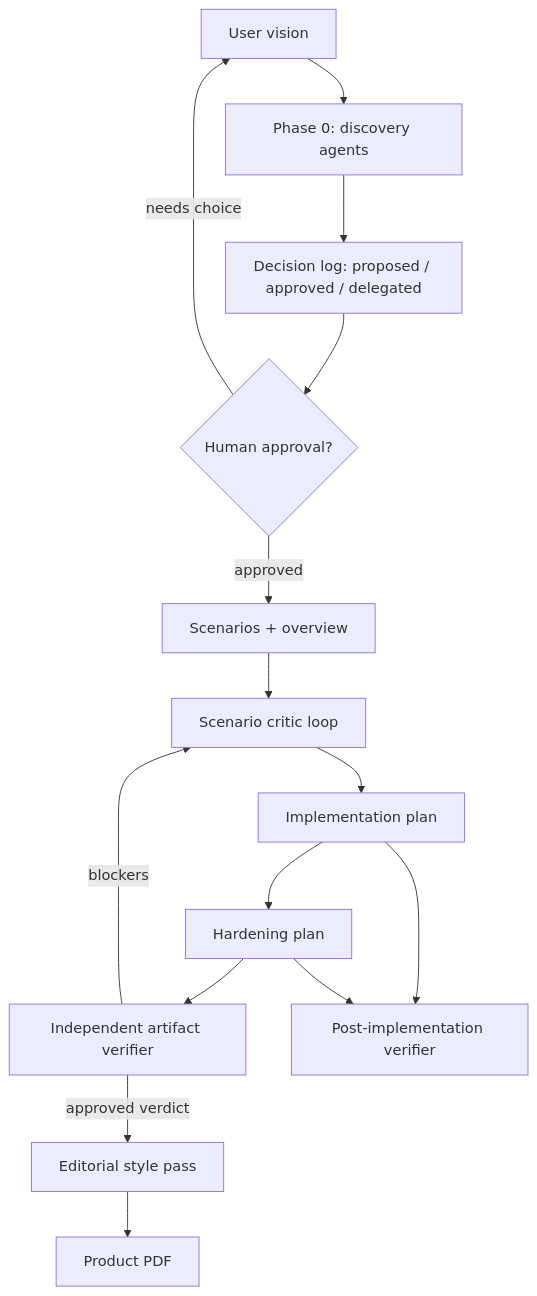
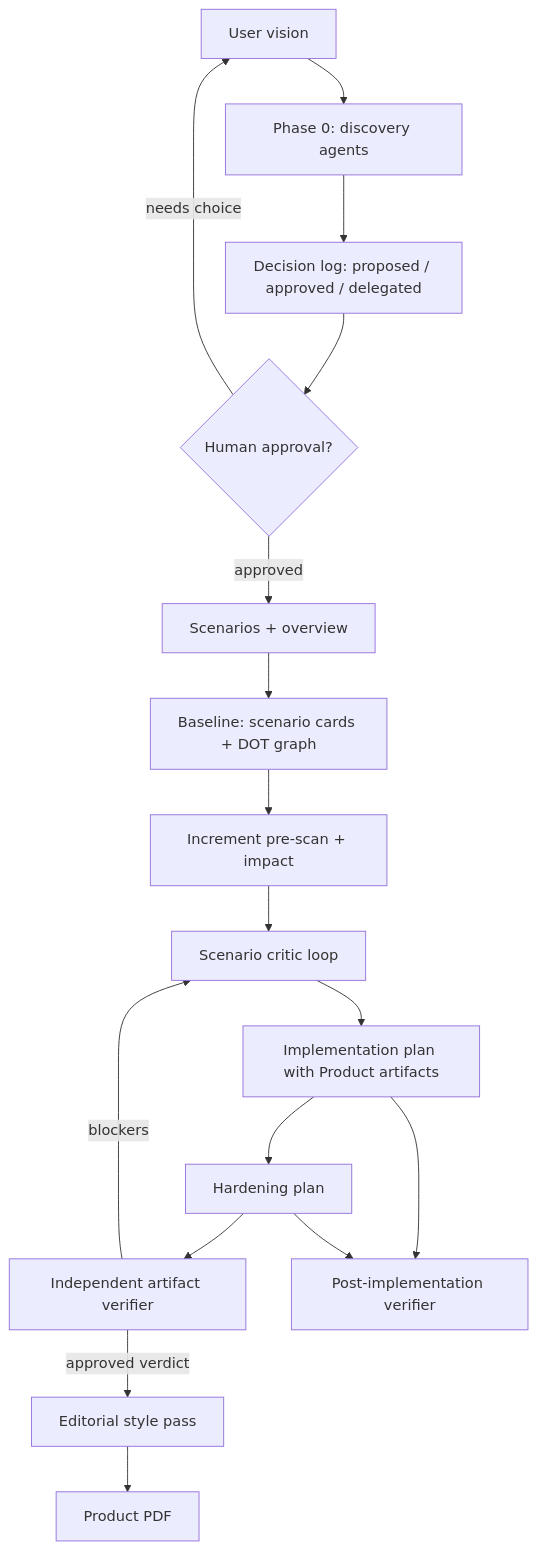
The first of 2 diagrams in README.md (ehlyzov/skills), drawn with Mermaid before and after one commit. The commit also changed other lines of this file and 13 other files, not shown here.

Commit message:
Enhance product workflow baseline checks

````diff
--- a/README.md
+++ b/README.md
@@ -21,17 +25,19 @@
 ```mermaid
 flowchart TD
     U["User vision"] --> D["Phase 0: discovery agents"]
     D --> DL["Decision log: proposed / approved / delegated"]
     DL --> H{"Human approval?"}
     H -->|approved| S["Scenarios + overview"]
     H -->|needs choice| U
-    S --> C["Scenario critic loop"]
-    C --> P["Implementation plan"]
+    S --> B["Baseline: scenario cards + DOT graph"]
+    B --> I["Increment pre-scan + impact"]
+    I --> C["Scenario critic loop"]
+    C --> P["Implementation plan with Product artifacts"]
     P --> HP["Hardening plan"]
     HP --> V["Independent artifact verifier"]
     V -->|blockers| C
     V -->|approved verdict| E["Editorial style pass"]
     E --> PDF["Product PDF"]
     P --> IV["Post-implementation verifier"]
     HP --> IV
 ```
````
